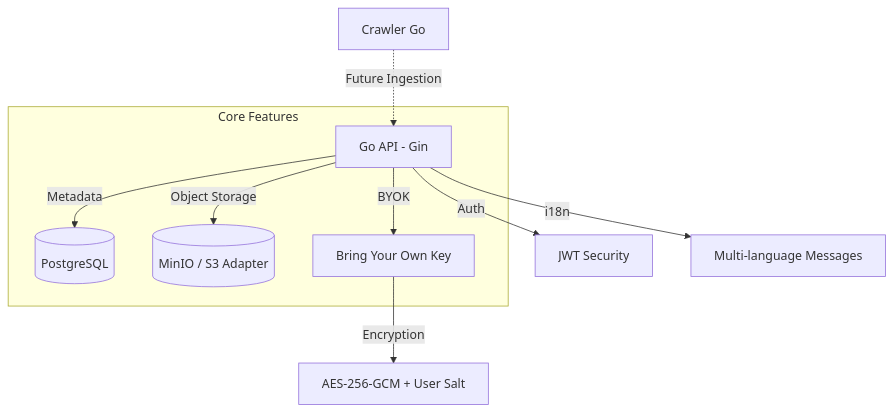
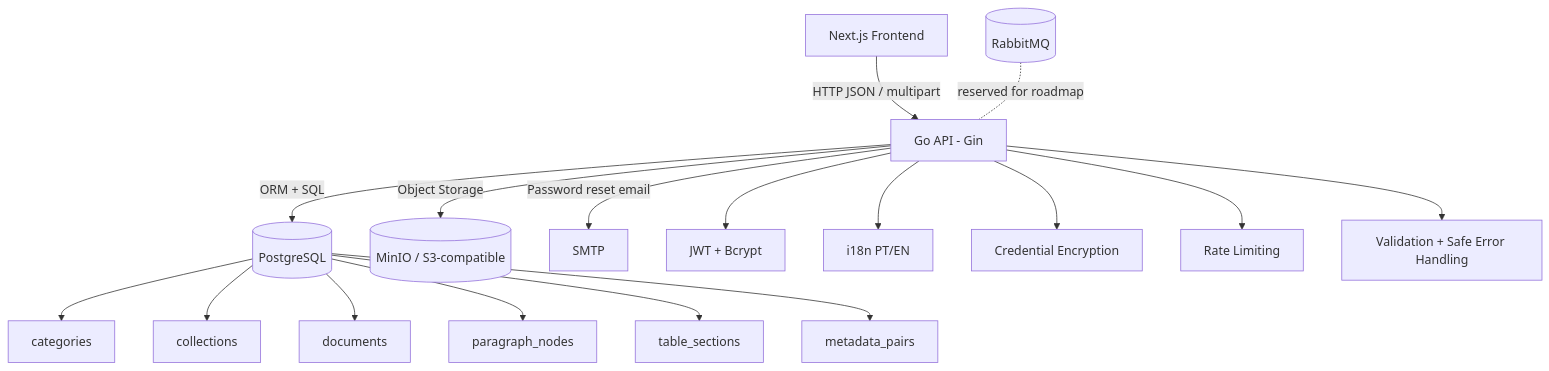
Before and after one commit to EduardoMG12/ThingIndex: the first of 2 diagrams in README.md, drawn with Mermaid. The commit also changed other lines of this file and 1 other file, not shown here.

Commit message:
feat: expand `.env.example` with new configuration variables and update `README.md` to reflect the project's relational architecture.

````diff
--- a/README.md
+++ b/README.md
@@ -23,18 +107,22 @@
 ```mermaid
-graph TD
-    API[Go API - Gin] -->|Metadata| DB[(PostgreSQL)]
-    API -->|Object Storage| MINIO[(MinIO / S3 Adapter)]
-    API -->|Auth| JWT[JWT Security]
-    API -->|i18n| I18N[Multi-language Messages]
-    API -->|BYOK| BYOK[Bring Your Own Key]
-    BYOK -->|Encryption| AES[AES-256-GCM + User Salt]
-    
-    subgraph Core Features
-    API
-    DB
-    MINIO
-    BYOK
-    end
-    
-    C[Crawler Go] -.->|Future Ingestion| API
+flowchart TD
+    UI[Next.js Frontend] -->|HTTP JSON / multipart| API[Go API - Gin]
+    API -->|ORM + SQL| PG[(PostgreSQL)]
+    API -->|Object Storage| MINIO[(MinIO / S3-compatible)]
+    API -->|Password reset email| SMTP[SMTP]
+
+    API --> AUTH[JWT + Bcrypt]
+    API --> I18N[i18n PT/EN]
+    API --> SEC[Credential Encryption]
+    API --> RATE[Rate Limiting]
+    API --> VALID[Validation + Safe Error Handling]
+
+    PG --> CAT[categories]
+    PG --> COL[collections]
+    PG --> DOC[documents]
+    PG --> PAR[paragraph_nodes]
+    PG --> TAB[table_sections]
+    PG --> META[metadata_pairs]
+
+    RABBIT[(RabbitMQ)] -.reserved for roadmap.- API
 ```
````
